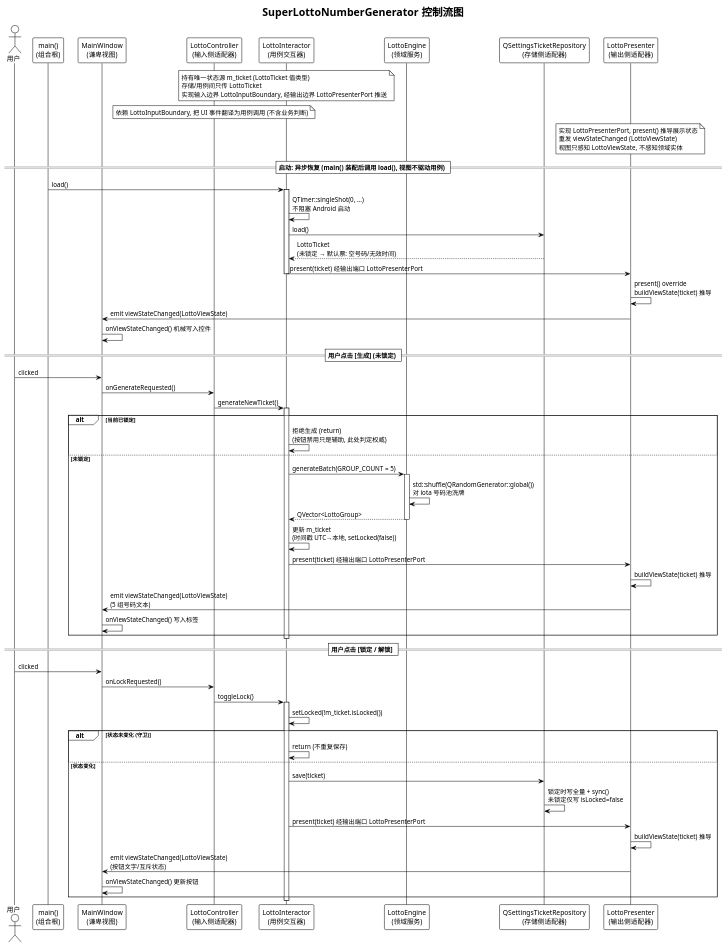
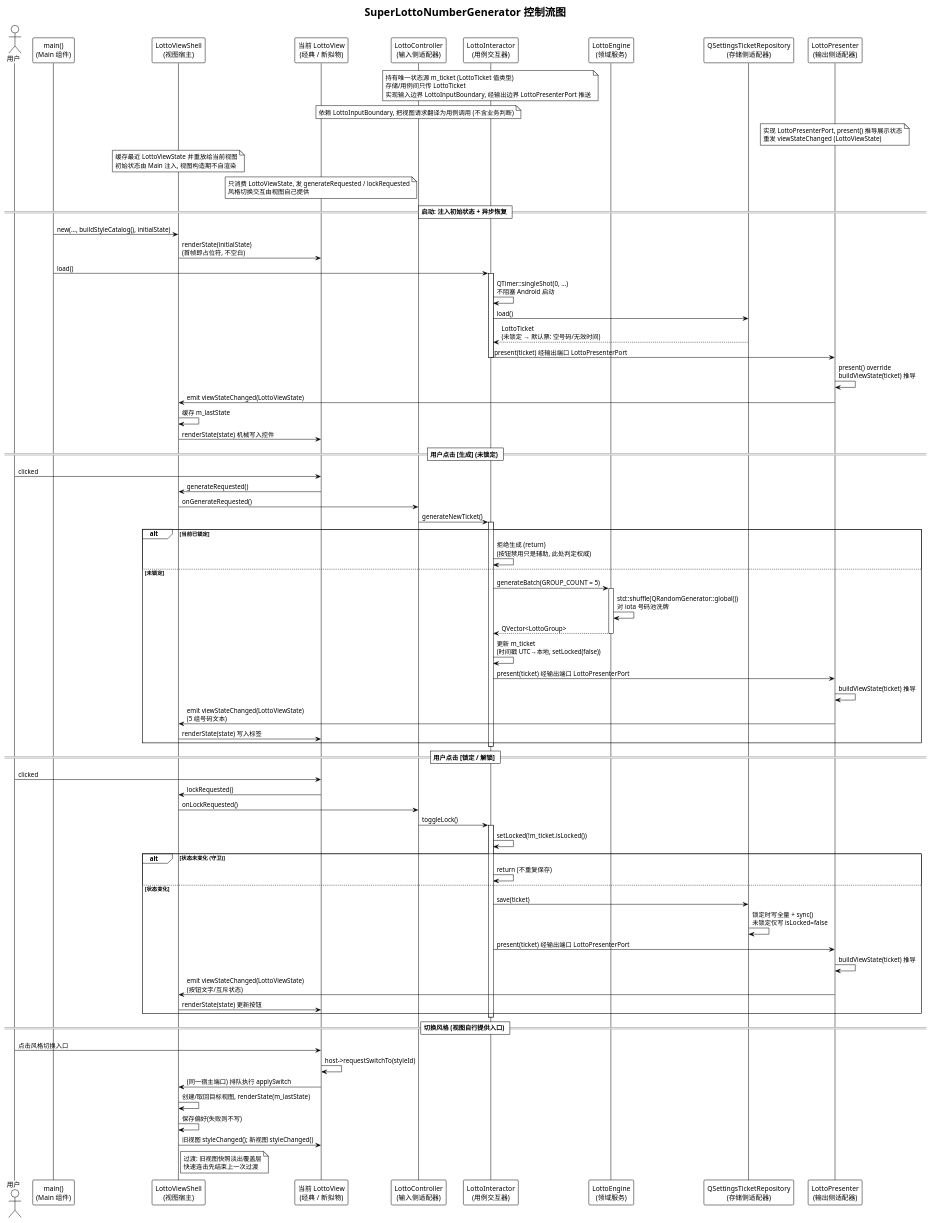
Before and after one commit to weiiiyan/SuperLottoNumberGenerator: the diagram in doc/control-flow.puml, drawn with PlantUML. The commit also changed 3 other files, not shown here.

Commit message:
docs: 分层叙事改为四个圆 + Main, 更新架构图源

```diff
--- a/doc/control-flow.puml
+++ b/doc/control-flow.puml
@@ -1,75 +1,93 @@
 @startuml control-flow
 !theme plain
 ' 控制流图: 启动恢复 / 生成号码 / 锁定切换
 ' 渲染: 可用 VS Code PlantUML 插件, 或上传 kroki.io / plantuml.com 在线渲染
 
 title SuperLottoNumberGenerator 控制流图
 
 actor 用户 as U
-participant "main()\n(组合根)" as Main
-participant "MainWindow\n(谦卑视图)" as MW
+participant "main()\n(Main 组件)" as Main
+participant "LottoViewShell\n(视图宿主)" as Shell
+participant "当前 LottoView\n(经典 / 新拟物)" as V
 participant "LottoController\n(输入侧适配器)" as Ctrl
 participant "LottoInteractor\n(用例交互器)" as C
 participant "LottoEngine\n(领域服务)" as E
 participant "QSettingsTicketRepository\n(存储侧适配器)" as R
 participant "LottoPresenter\n(输出侧适配器)" as P
 
 note over C : 持有唯一状态源 m_ticket (LottoTicket 值类型)\n存储/用例间只传 LottoTicket\n实现输入边界 LottoInputBoundary, 经输出边界 LottoPresenterPort 推送
-note over Ctrl : 依赖 LottoInputBoundary, 把 UI 事件翻译为用例调用 (不含业务判断)
-note over P : 实现 LottoPresenterPort, present() 推导展示状态\n重发 viewStateChanged (LottoViewState)\n视图只感知 LottoViewState, 不感知领域实体
+note over Ctrl : 依赖 LottoInputBoundary, 把视图请求翻译为用例调用 (不含业务判断)
+note over P : 实现 LottoPresenterPort, present() 推导展示状态\n重发 viewStateChanged (LottoViewState)
+note over Shell : 缓存最近 LottoViewState 并重放给当前视图\n初始状态由 Main 注入, 视图构造期不自渲染
+note over V : 只消费 LottoViewState, 发 generateRequested / lockRequested\n风格切换交互由视图自己提供
 
-== 启动: 异步恢复 (main() 装配后调用 load(), 视图不驱动用例) ==
+== 启动: 注入初始状态 + 异步恢复 ==
 
+Main -> Shell : new(..., buildStyleCatalog(), initialState)
+Shell -> V : renderState(initialState)\n(首帧即占位符, 不空白)
 Main -> C : load()
 activate C
 C -> C : QTimer::singleShot(0, ...)\n不阻塞 Android 启动
 C -> R : load()
 R --> C : LottoTicket\n(未锁定 → 默认票: 空号码/无效时间)
 C -> P : present(ticket) 经输出端口 LottoPresenterPort
 deactivate C
 P -> P : present() override\nbuildViewState(ticket) 推导
-P -> MW : emit viewStateChanged(LottoViewState)
-MW -> MW : onViewStateChanged() 机械写入控件
+P -> Shell : emit viewStateChanged(LottoViewState)
+Shell -> Shell : 缓存 m_lastState
+Shell -> V : renderState(state) 机械写入控件
 
 == 用户点击 [生成] (未锁定) ==
 
-U -> MW : clicked
-MW -> Ctrl : onGenerateRequested()
+U -> V : clicked
+V -> Shell : generateRequested()
+Shell -> Ctrl : onGenerateRequested()
 Ctrl -> C : generateNewTicket()
 activate C
 alt 当前已锁定
     C -> C : 拒绝生成 (return)\n(按钮禁用只是辅助, 此处判定权威)
 else 未锁定
     C -> E : generateBatch(GROUP_COUNT = 5)
     activate E
     E -> E : std::shuffle(QRandomGenerator::global())\n对 iota 号码池洗牌
     E --> C : QVector<LottoGroup>
     deactivate E
     C -> C : 更新 m_ticket\n(时间戳 UTC→本地, setLocked(false))
     C -> P : present(ticket) 经输出端口 LottoPresenterPort
     P -> P : buildViewState(ticket) 推导
-    P -> MW : emit viewStateChanged(LottoViewState)\n(5 组号码文本)
-    MW -> MW : onViewStateChanged() 写入标签
+    P -> Shell : emit viewStateChanged(LottoViewState)\n(5 组号码文本)
+    Shell -> V : renderState(state) 写入标签
 end
 deactivate C
 
 == 用户点击 [锁定 / 解锁] ==
 
-U -> MW : clicked
-MW -> Ctrl : onLockRequested()
+U -> V : clicked
+V -> Shell : lockRequested()
+Shell -> Ctrl : onLockRequested()
 Ctrl -> C : toggleLock()
 activate C
 C -> C : setLocked(!m_ticket.isLocked())
 alt 状态未变化 (守卫)
     C -> C : return (不重复保存)
 else 状态变化
     C -> R : save(ticket)
     R -> R : 锁定时写全量 + sync()\n未锁定仅写 isLocked=false
     C -> P : present(ticket) 经输出端口 LottoPresenterPort
     P -> P : buildViewState(ticket) 推导
-    P -> MW : emit viewStateChanged(LottoViewState)\n(按钮文字/互斥状态)
-    MW -> MW : onViewStateChanged() 更新按钮
+    P -> Shell : emit viewStateChanged(LottoViewState)\n(按钮文字/互斥状态)
+    Shell -> V : renderState(state) 更新按钮
 end
 deactivate C
 
+== 切换风格 (视图自行提供入口) ==
+
+U -> V : 点击风格切换入口
+V -> V : host->requestSwitchTo(styleId)
+V -> Shell : (同一宿主端口) 排队执行 applySwitch
+Shell -> Shell : 创建/取回目标视图, renderState(m_lastState)
+Shell -> Shell : 保存偏好(失败则不写)
+Shell -> V : 旧视图 styleChanged(); 新视图 styleChanged()
+note right of Shell : 过渡: 旧视图快照淡出覆盖层\n快速连击先结束上一次过渡
+
 @enduml
```
